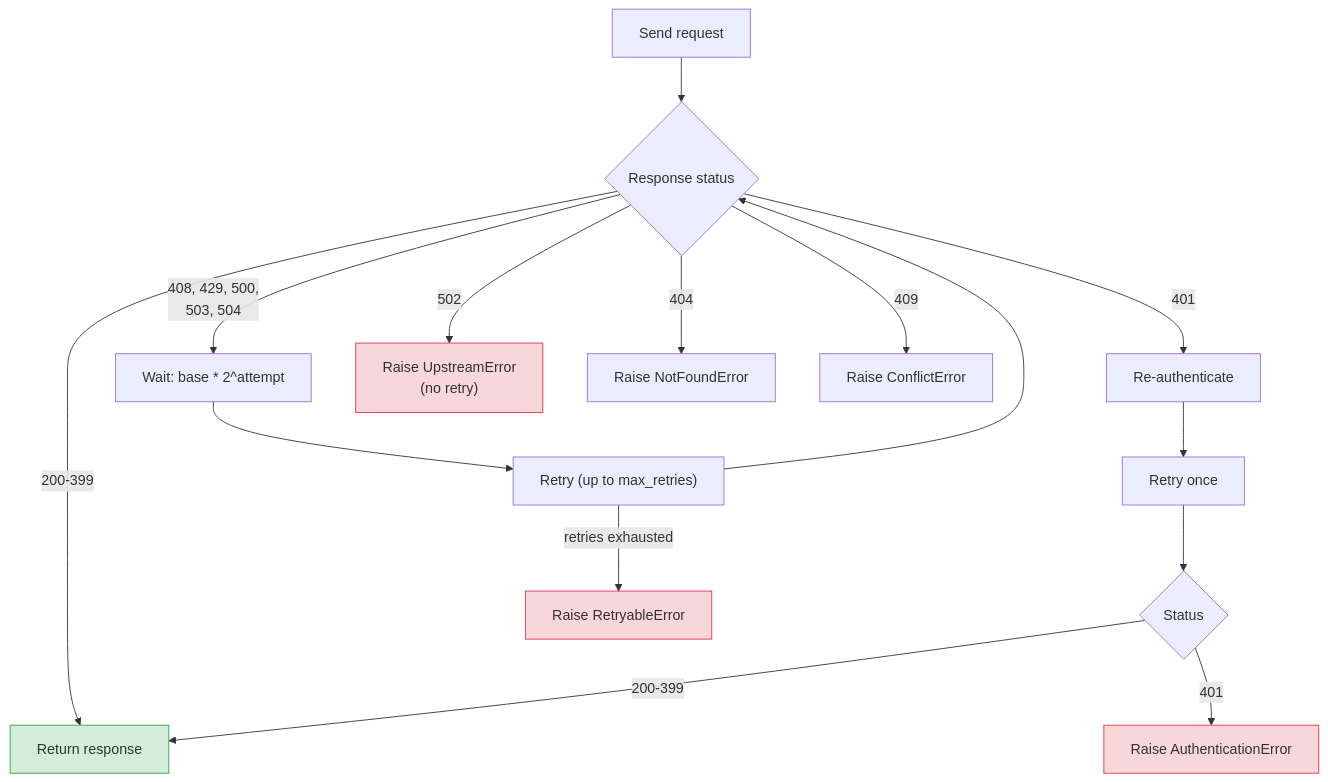
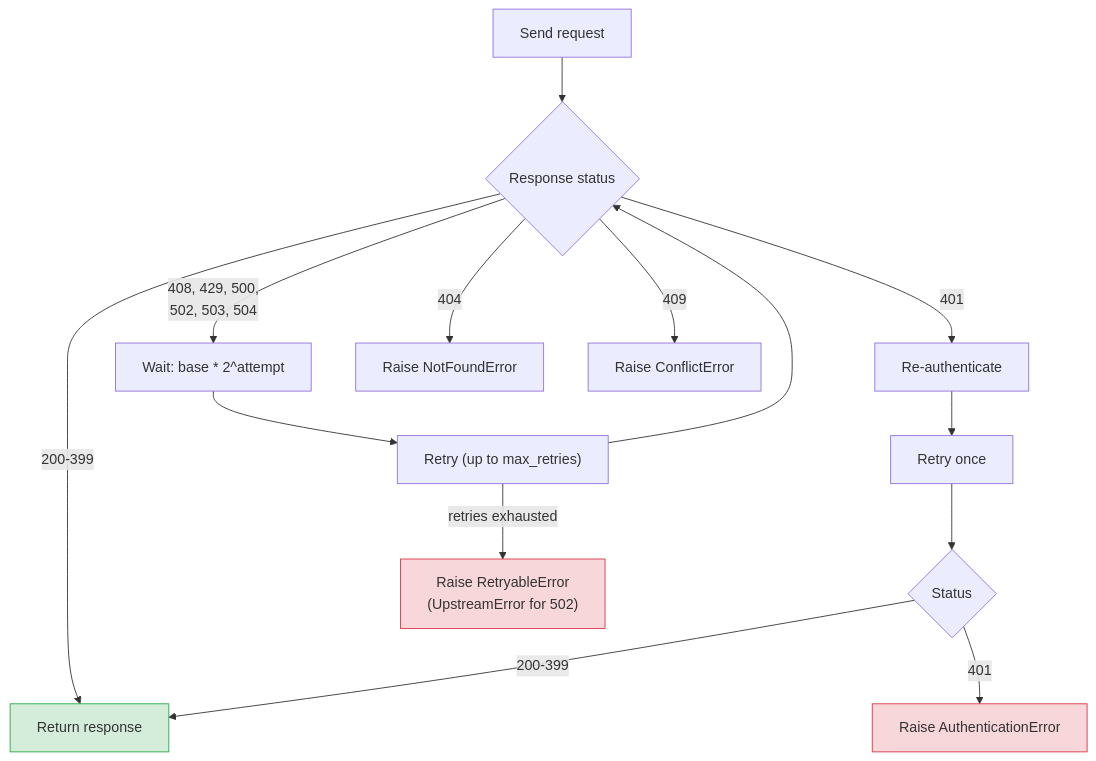
Before and after one commit to AI-Riksarkivet/ra-hcp: the fourth of 4 diagrams in docs/sdk/client.md, drawn with Mermaid. The commit also changed other lines of this file, not shown here.

Commit message:
docs: reflect 502 now being retried (RetryableError subclass)
The exception table and retry-flow diagram in client.md still showed 502
as a non-retried UpstreamError terminal. Since commit 6b07690 made 502 a
transient gateway error (UpstreamError subclasses RetryableError), update
both to route 502 through the backoff/retry path.

````diff
--- a/docs/sdk/client.md
+++ b/docs/sdk/client.md
@@ -489,24 +489,22 @@
 ```mermaid
 flowchart TD
     REQ["Send request"] --> STATUS{Response status}
     STATUS -->|"200-399"| OK["Return response"]
     STATUS -->|"401"| REAUTH["Re-authenticate"]
     REAUTH --> RETRY1["Retry once"]
     RETRY1 --> STATUS2{Status}
     STATUS2 -->|"200-399"| OK
     STATUS2 -->|"401"| FAIL["Raise AuthenticationError"]
 
-    STATUS -->|"408, 429, 500,<br/>503, 504"| BACKOFF["Wait: base * 2^attempt"]
-    STATUS -->|"502"| UPSTREAM["Raise UpstreamError<br/>(no retry)"]
+    STATUS -->|"408, 429, 500,<br/>502, 503, 504"| BACKOFF["Wait: base * 2^attempt"]
     BACKOFF --> RETRY2["Retry (up to max_retries)"]
     RETRY2 --> STATUS
-    RETRY2 -->|"retries exhausted"| RETRIABLE["Raise RetryableError"]
+    RETRY2 -->|"retries exhausted"| RETRIABLE["Raise RetryableError<br/>(UpstreamError for 502)"]
 
     STATUS -->|"404"| NOT_FOUND["Raise NotFoundError"]
     STATUS -->|"409"| CONFLICT["Raise ConflictError"]
 
     style OK fill:#d4edda,stroke:#28a745
     style FAIL fill:#f8d7da,stroke:#dc3545
     style RETRIABLE fill:#f8d7da,stroke:#dc3545
-    style UPSTREAM fill:#f8d7da,stroke:#dc3545
 ```
````
